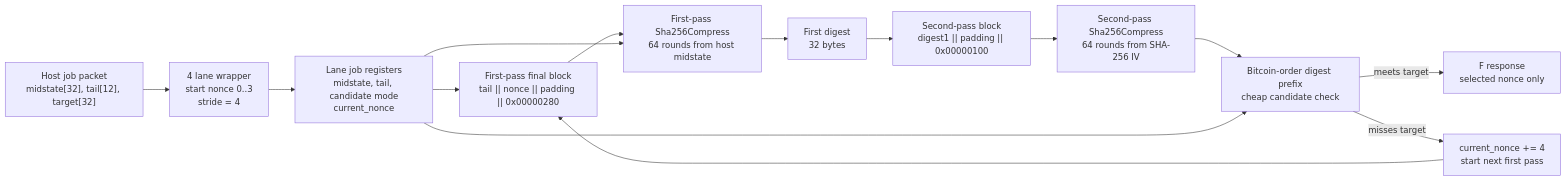
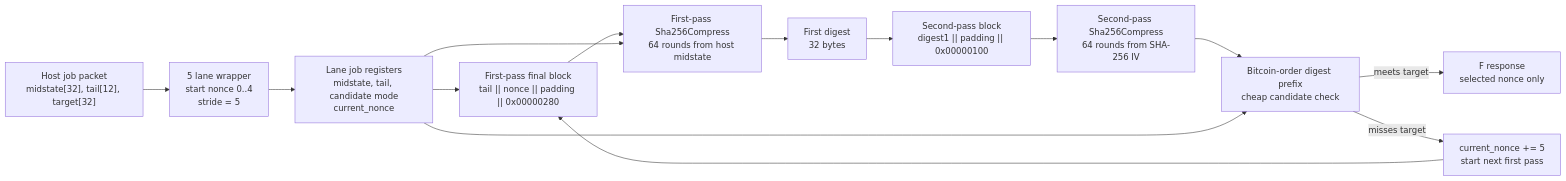
The first of 4 diagrams in docs/compression-circuitry.md (Distortions81/TangMiner), drawn with Mermaid before and after one commit. The commit also changed other lines of this file and 33 other files, not shown here.

````diff
--- a/docs/compression-circuitry.md
+++ b/docs/compression-circuitry.md
@@ -14,28 +14,28 @@
 ```mermaid
 flowchart LR
     host["Host job packet<br/>midstate[32], tail[12], target[32]"]
-    lanes["4 lane wrapper<br/>start nonce 0..3<br/>stride = 4"]
+    lanes["5 lane wrapper<br/>start nonce 0..4<br/>stride = 5"]
     regs["Lane job registers<br/>midstate, tail, candidate mode<br/>current_nonce"]
     first_block["First-pass final block<br/>tail || nonce || padding || 0x00000280"]
     comp1["First-pass Sha256Compress<br/>64 rounds from host midstate"]
     digest1["First digest<br/>32 bytes"]
     second_block["Second-pass block<br/>digest1 || padding || 0x00000100"]
     comp2["Second-pass Sha256Compress<br/>64 rounds from SHA-256 IV"]
     compare["Bitcoin-order digest prefix<br/>cheap candidate check"]
     found["F response<br/>selected nonce only"]
-    next["current_nonce += 4<br/>start next first pass"]
+    next["current_nonce += 5<br/>start next first pass"]
 
     host --> lanes
     lanes --> regs
     regs --> first_block
     first_block --> comp1
     regs --> comp1
     comp1 --> digest1
     digest1 --> second_block
     second_block --> comp2
     comp2 --> compare
     regs --> compare
     compare -->|meets target| found
     compare -->|misses target| next
     next --> first_block
 ```
````
